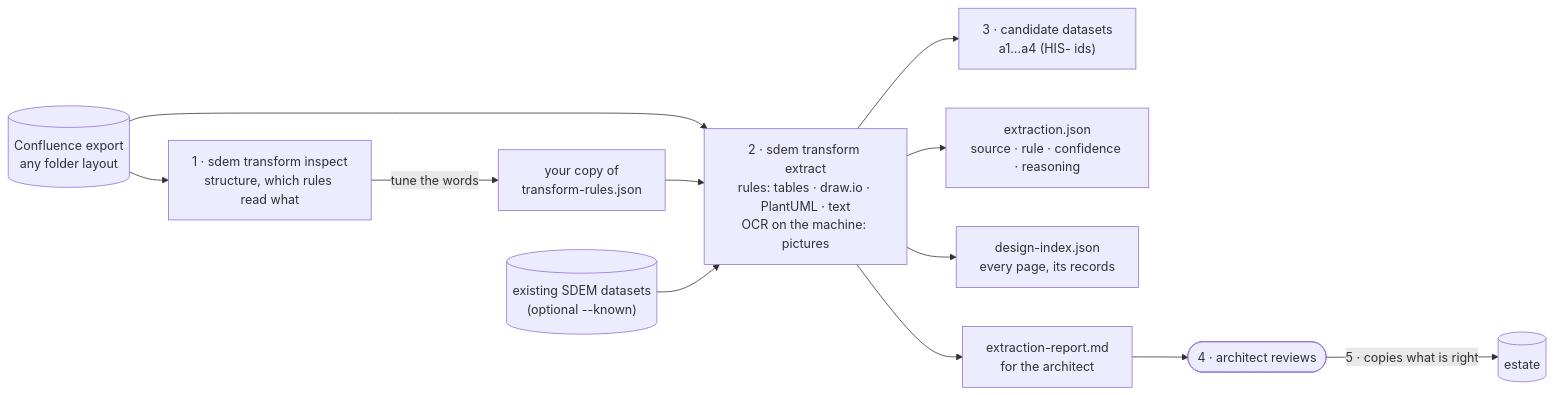
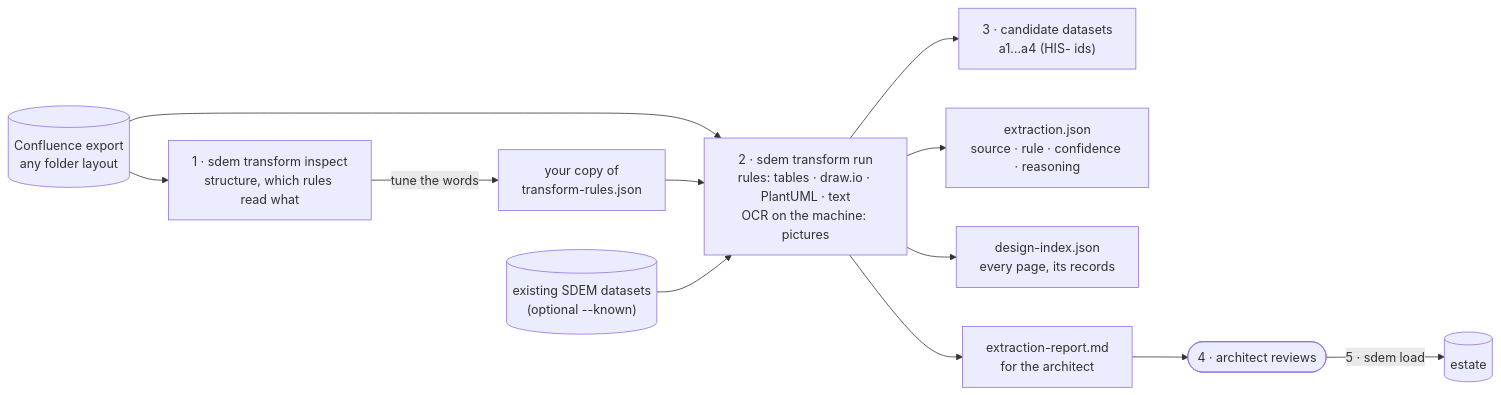
One commit to taumoeps/bian-sdem-framework changed the diagram in docs/sdem-transform-design.md. Above: the diagram before and after it, drawn with Mermaid. The commit also changed other lines of this file and 21 other files, not shown here.

````diff
--- a/docs/sdem-transform-design.md
+++ b/docs/sdem-transform-design.md
@@ -59,14 +59,14 @@
 ```mermaid
 flowchart LR
     conf[("Confluence export<br/>any folder layout")] --> inspect["1 · sdem transform inspect<br/>structure, which rules read what"]
     inspect -->|"tune the words"| rules["your copy of<br/>transform-rules.json"]
-    conf --> extract["2 · sdem transform extract<br/>rules: tables · draw.io · PlantUML · text<br/>OCR on the machine: pictures"]
+    conf --> extract["2 · sdem transform run<br/>rules: tables · draw.io · PlantUML · text<br/>OCR on the machine: pictures"]
     rules --> extract
     known[("existing SDEM datasets<br/>(optional --known)")] --> extract
     extract --> cand["3 · candidate datasets<br/>a1…a4 (HIS- ids)"]
     extract --> prov["extraction.json<br/>source · rule · confidence · reasoning"]
     extract --> idx["design-index.json<br/>every page, its records"]
     extract --> rep["extraction-report.md<br/>for the architect"]
     rep --> person(["4 · architect reviews"])
-    person -->|"5 · copies what is right"| estate[("estate")]
+    person -->|"5 · sdem load"| estate[("estate")]
 ```
````
